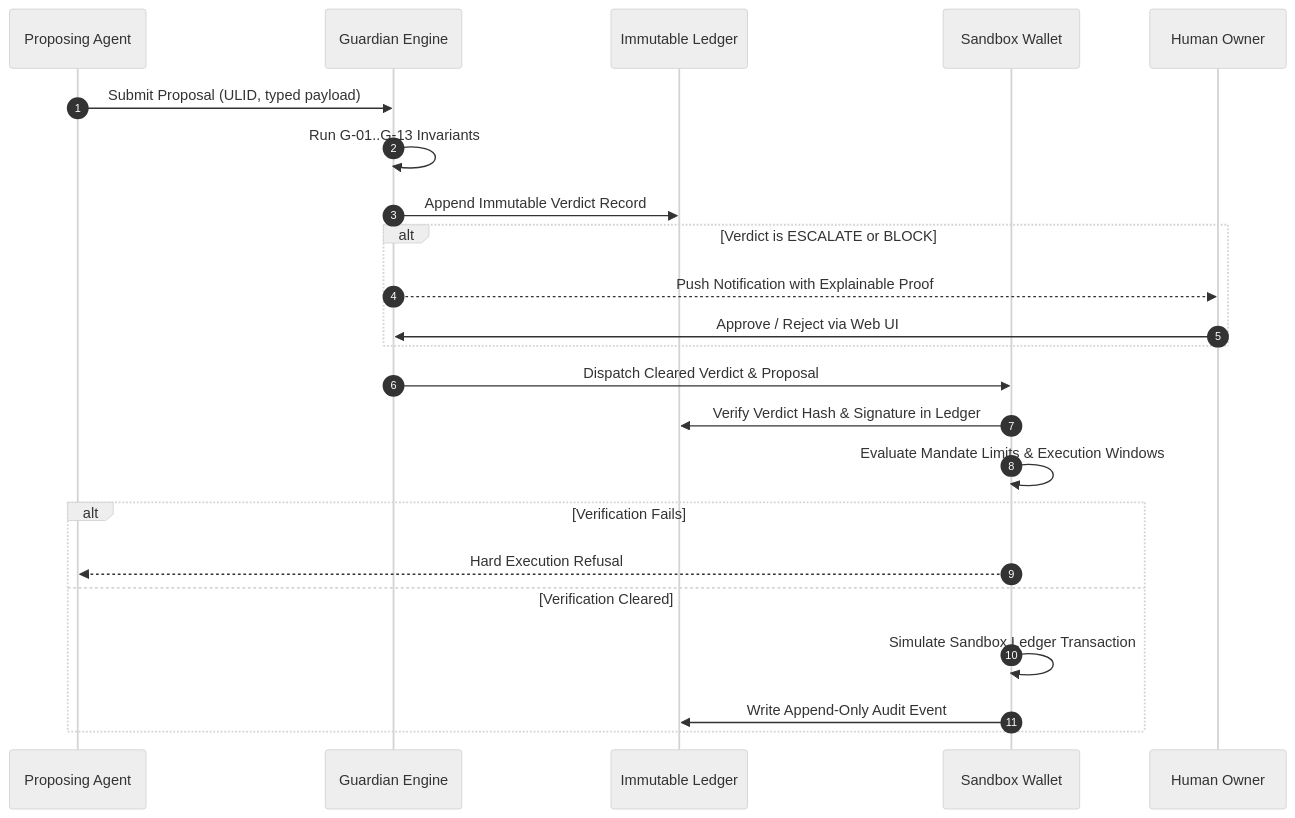
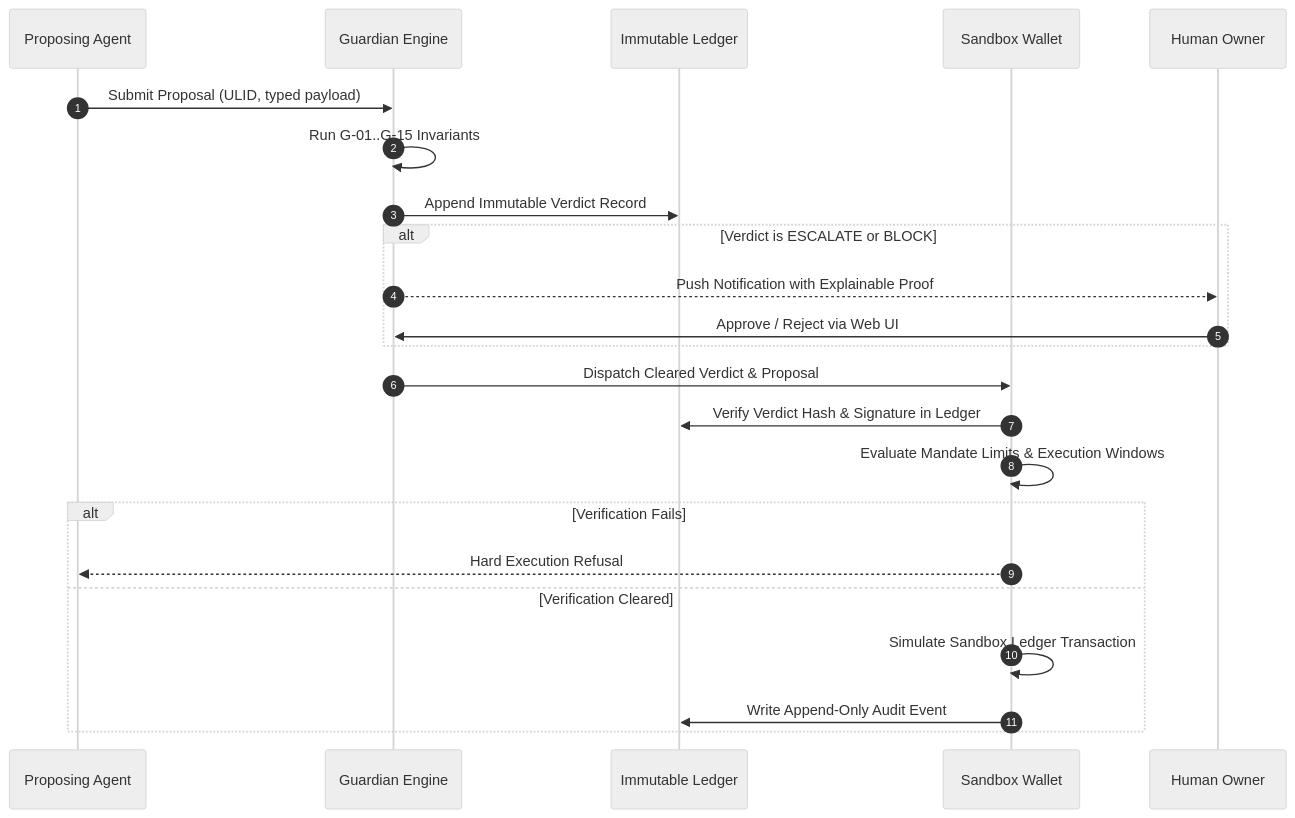
One commit to Asharib19khan/fiona changed the second of 2 diagrams in docs/submission/05-security-self-assessment.md. Above: the diagram before and after it, drawn with Mermaid (neutral theme). The commit also changed other lines of this file and 21 other files, not shown here.

````diff
--- a/docs/submission/05-security-self-assessment.md
+++ b/docs/submission/05-security-self-assessment.md
@@ -208,26 +219,26 @@
 ```mermaid
 sequenceDiagram
     autonumber
     participant A as Proposing Agent
     participant G as Guardian Engine
     participant L as Immutable Ledger
     participant W as Sandbox Wallet
     participant H as Human Owner
 
     A->>G: Submit Proposal (ULID, typed payload)
-    G->>G: Run G-01..G-13 Invariants
+    G->>G: Run G-01..G-15 Invariants
     G->>L: Append Immutable Verdict Record
     alt Verdict is ESCALATE or BLOCK
         G-->>H: Push Notification with Explainable Proof
         H->>G: Approve / Reject via Web UI
     end
     G->>W: Dispatch Cleared Verdict & Proposal
     W->>L: Verify Verdict Hash & Signature in Ledger
     W->>W: Evaluate Mandate Limits & Execution Windows
     alt Verification Fails
         W-->>A: Hard Execution Refusal
     else Verification Cleared
         W->>W: Simulate Sandbox Ledger Transaction
         W->>L: Write Append-Only Audit Event
     end
 ```
````
